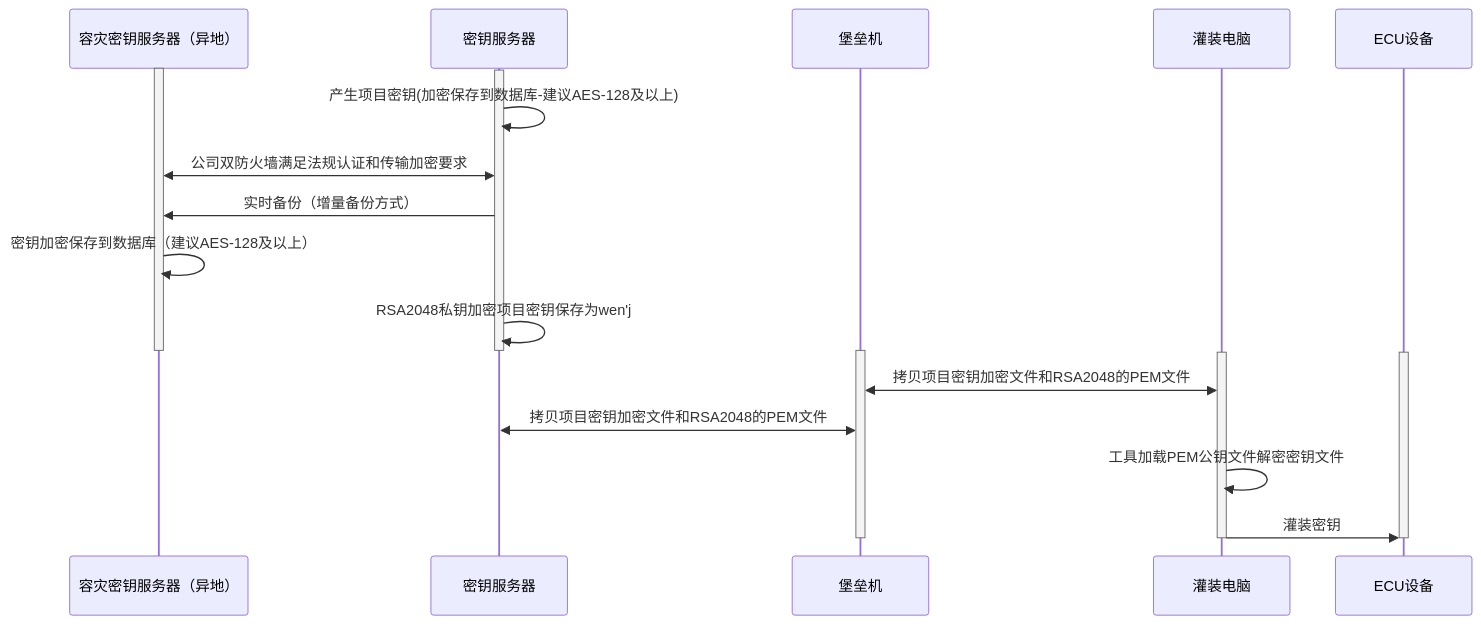
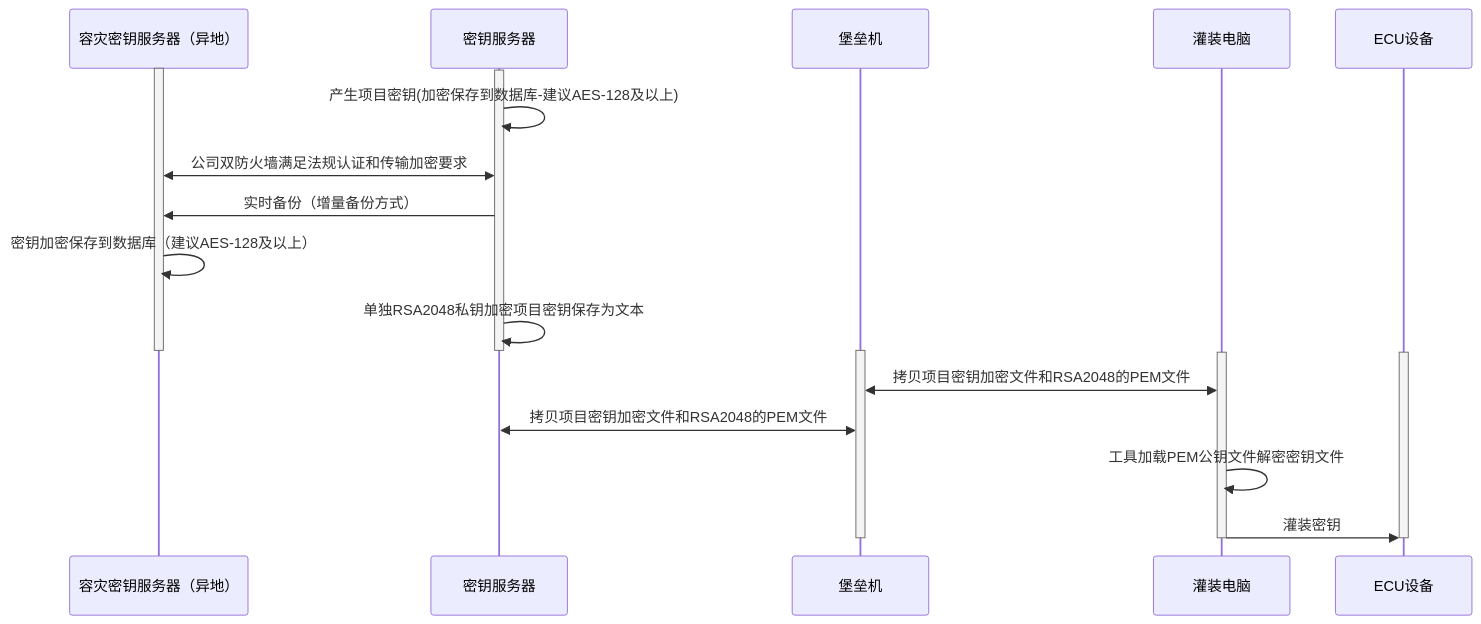
One commit to facebook-cloud/iodraw-files changed the diagram in all/未命名-15.md. Above: the diagram before and after it, drawn with Mermaid.

Commit message:
2026-02-07 14:07:15 update

````diff
--- a/all/未命名-15.md
+++ b/all/未命名-15.md
@@ -1,31 +1,31 @@
 ```mermaid
 sequenceDiagram
     participant A as 容灾密钥服务器（异地）
     participant B as 密钥服务器
     participant C as 堡垒机
     participant D as 灌装电脑
     participant E as ECU设备
 
     activate A
     activate B
     B->>B: 产生项目密钥(加密保存到数据库-建议AES-128及以上)
     A<<->>B: 公司双防火墙满足法规认证和传输加密要求
     B->>A: 实时备份（增量备份方式）
     A->>A: 密钥加密保存到数据库（建议AES-128及以上）
-    B->>B: RSA2048私钥加密项目密钥保存为wen'j
+    B->>B: 单独RSA2048私钥加密项目密钥保存为文本
     deactivate B
     deactivate A
 
     activate C
     activate D
     activate E
 
     D<<->>C: 拷贝项目密钥加密文件和RSA2048的PEM文件
     C<<->>B: 拷贝项目密钥加密文件和RSA2048的PEM文件
     D->>D:工具加载PEM公钥文件解密密钥文件
     D->>E: 灌装密钥
     deactivate C
     deactivate D
     deactivate E
 
 ```
````
